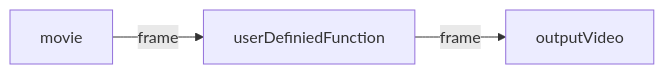
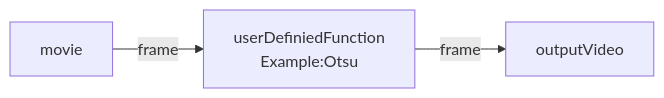
The diagram in README.md (ParticulateFlow/Marangoni_flow_analysis), drawn with Mermaid before and after one commit. The commit also changed other lines of this file and 2 other files, not shown here.

````diff
--- a/README.md
+++ b/README.md
@@ -87,4 +87,4 @@
 ```mermaid
 flowchart LR
-    movie-->|frame|userDefiniedFunction-->|frame|outputVideo
+    movie-->|frame|userDefiniedFunction\nExample:Otsu-->|frame|outputVideo
 ```
````
